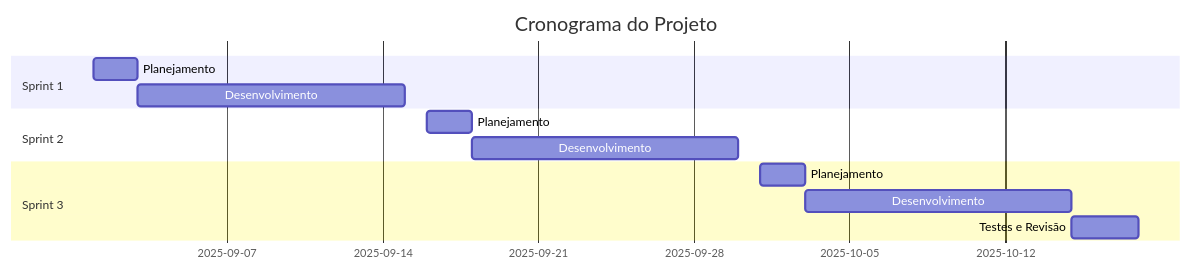
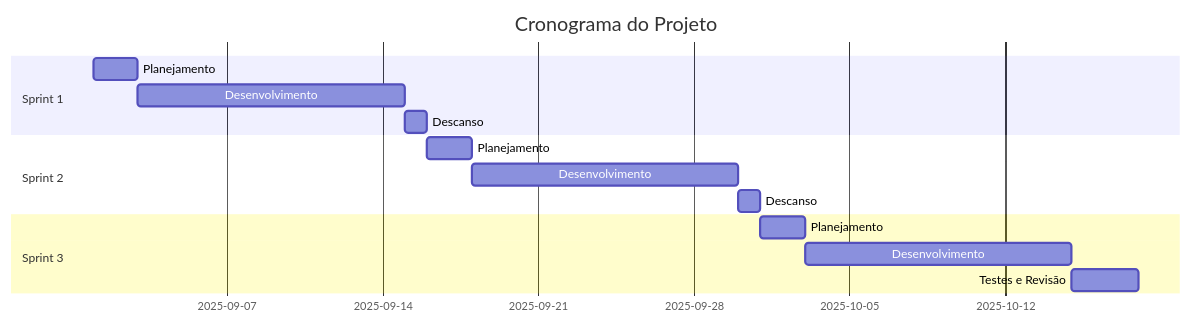
Before and after one commit to CordeiroGente/Backroom: the diagram in README.md, drawn with Mermaid. The commit also changed other lines of this file, not shown here.

````diff
--- a/README.md
+++ b/README.md
@@ -44,15 +63,17 @@
 ```mermaid
 gantt
     title Cronograma do Projeto
     dateFormat  YYYY-MM-DD
     section Sprint 1
     Planejamento           :sprint1-plan, 2025-09-01, 2d
     Desenvolvimento        :sprint1-dev, after sprint1-plan, 12d
+    Descanso               :descanso1, after sprint1-dev, 1d
     section Sprint 2
     Planejamento           :sprint2-plan, 2025-09-16, 2d
     Desenvolvimento        :sprint2-dev, after sprint2-plan, 12d
+    Descanso               :descanso2, after sprint2-dev, 1d
     section Sprint 3
     Planejamento           :sprint3-plan, 2025-10-01, 2d
     Desenvolvimento        :sprint3-dev, after sprint3-plan, 12d
     Testes e Revisão       :sprint3-test, after sprint3-dev, 3d
 ```
````
